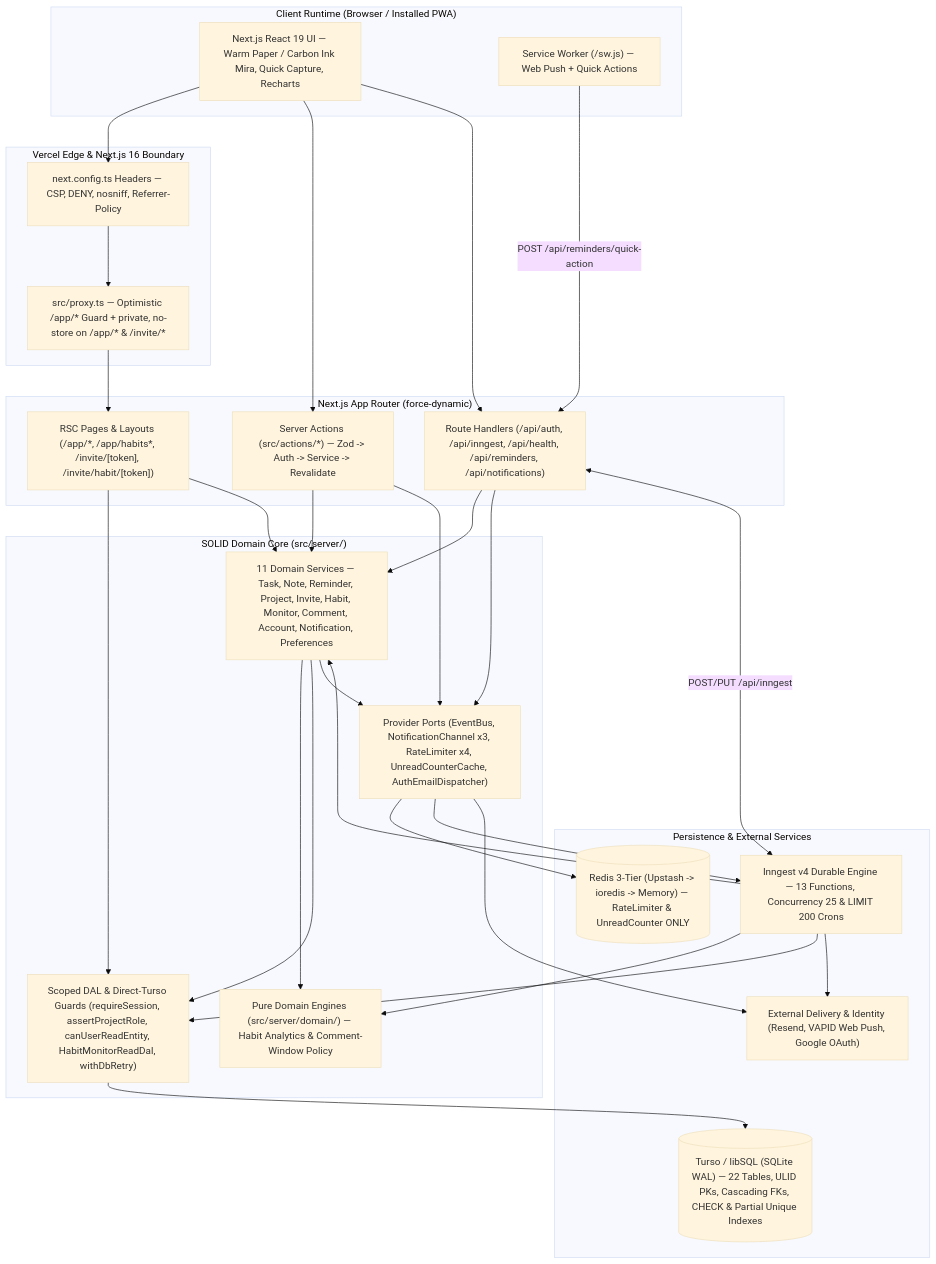
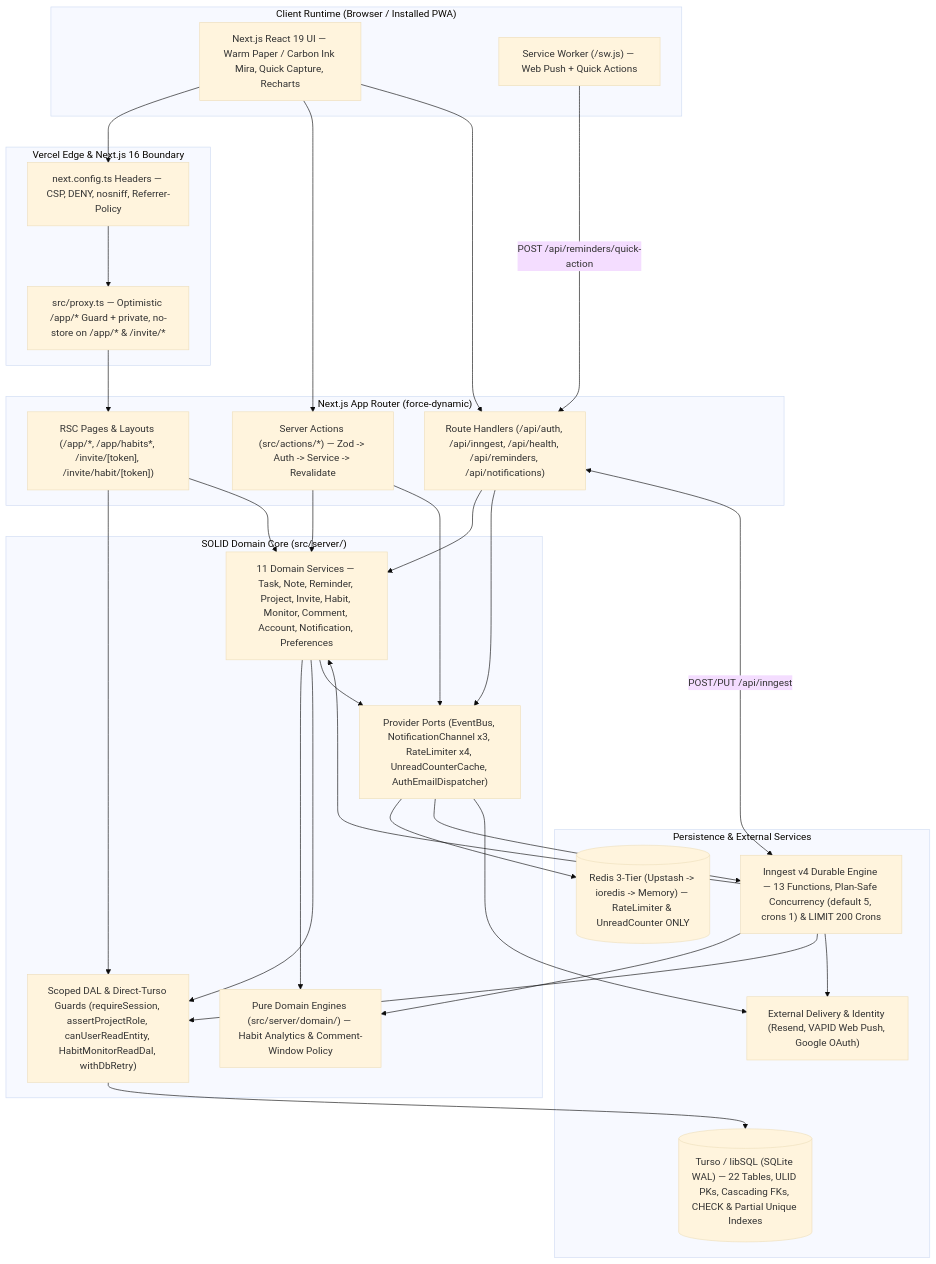
Before and after one commit to Marvin-MM/folio_tracker: the first of 11 diagrams in docs/ARCHITECTURE.md, drawn with Mermaid (base theme). The commit also changed other lines of this file and 15 other files, not shown here.

First line of the commit message:
fix(inngest): align all function concurrency limits with Inngest Free Plan (default 5, crons 1)

````diff
--- a/docs/ARCHITECTURE.md
+++ b/docs/ARCHITECTURE.md
@@ -11,56 +11,56 @@
 ```mermaid
 flowchart TB
   subgraph Client["Client Runtime (Browser / Installed PWA)"]
     UI["Next.js React 19 UI — Warm Paper / Carbon Ink Mira, Quick Capture, Recharts"]
     SW["Service Worker (/sw.js) — Web Push + Quick Actions"]
   end
 
   subgraph Edge["Vercel Edge & Next.js 16 Boundary"]
     HDR["next.config.ts Headers — CSP, DENY, nosniff, Referrer-Policy"]
     PRX["src/proxy.ts — Optimistic /app/* Guard + private, no-store on /app/* & /invite/*"]
   end
 
   subgraph App["Next.js App Router (force-dynamic)"]
     RSC["RSC Pages & Layouts (/app/*, /app/habits*, /invite/[token], /invite/habit/[token])"]
     ACT["Server Actions (src/actions/*) — Zod -> Auth -> Service -> Revalidate"]
     API["Route Handlers (/api/auth, /api/inngest, /api/health, /api/reminders, /api/notifications)"]
   end
 
   subgraph Core["SOLID Domain Core (src/server/)"]
     DOM["Pure Domain Engines (src/server/domain/) — Habit Analytics & Comment-Window Policy"]
     SVC["11 Domain Services — Task, Note, Reminder, Project, Invite, Habit, Monitor, Comment, Account, Notification, Preferences"]
     DAL["Scoped DAL & Direct-Turso Guards (requireSession, assertProjectRole, canUserReadEntity, HabitMonitorReadDal, withDbRetry)"]
     PRV["Provider Ports (EventBus, NotificationChannel x3, RateLimiter x4, UnreadCounterCache, AuthEmailDispatcher)"]
   end
 
   subgraph Infra["Persistence & External Services"]
     DB[("Turso / libSQL (SQLite WAL) — 22 Tables, ULID PKs, Cascading FKs, CHECK & Partial Unique Indexes")]
     RDS[("Redis 3-Tier (Upstash -> ioredis -> Memory) — RateLimiter & UnreadCounter ONLY")]
-    ING["Inngest v4 Durable Engine — 13 Functions, Concurrency 25 & LIMIT 200 Crons"]
+    ING["Inngest v4 Durable Engine — 13 Functions, Plan-Safe Concurrency (default 5, crons 1) & LIMIT 200 Crons"]
     EXT["External Delivery & Identity (Resend, VAPID Web Push, Google OAuth)"]
   end
 
   UI --> HDR --> PRX --> RSC
   UI --> ACT
   UI --> API
   SW -->|"POST /api/reminders/quick-action"| API
 
   RSC --> DAL
   RSC --> SVC
   ACT --> SVC
   ACT --> PRV
   API --> SVC
   API --> PRV
   API <-->|"POST/PUT /api/inngest"| ING
 
   SVC --> DOM
   SVC --> DAL --> DB
   SVC --> PRV
   PRV --> RDS
   PRV --> ING
   PRV --> EXT
   ING --> DOM
   ING --> SVC
   ING --> DAL
   ING --> EXT
 ```
````
